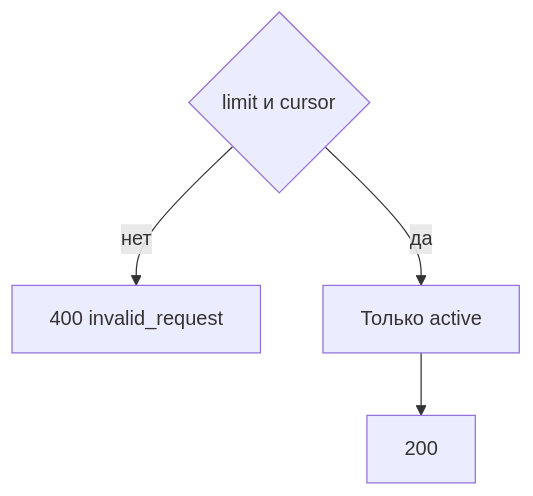
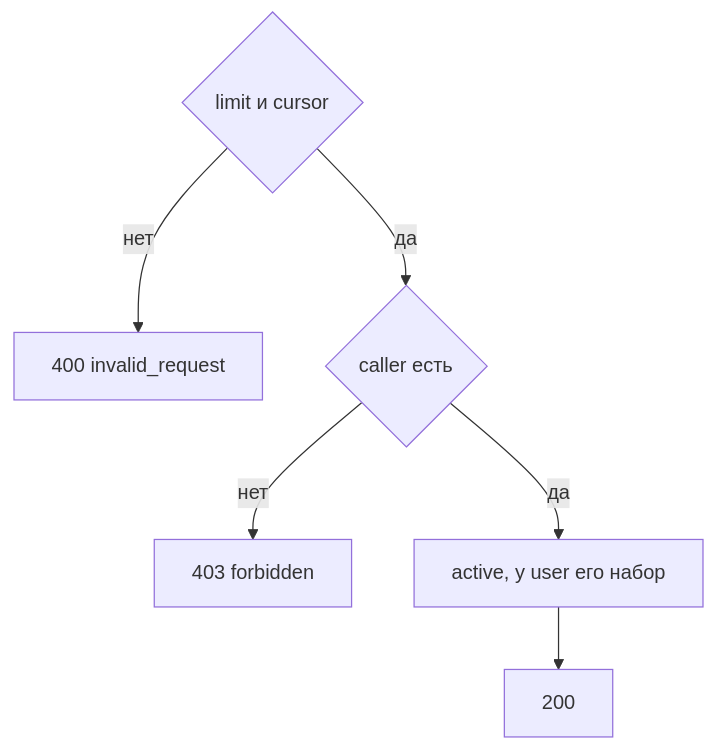
The diagram in docs/1. functional/specification/v3 - 1 таблица/api/service.api/CatalogController/get_dictionaries.md (StrannikE95/reference_data), drawn with Mermaid before and after one commit. The commit also changed other lines of this file and 25 other files, not shown here.

````diff
--- a/docs/1. functional/specification/v3 - 1 таблица/api/service.api/CatalogController/get_dictionaries.md
+++ b/docs/1. functional/specification/v3 - 1 таблица/api/service.api/CatalogController/get_dictionaries.md
@@ -36,6 +46,8 @@
 ```mermaid
 flowchart TD
   fmt{"limit и cursor"} -->|нет| bad["400 invalid_request"]
-  fmt -->|да| page["Только active"]
+  fmt -->|да| who{"caller есть"}
+  who -->|нет| deny["403 forbidden"]
+  who -->|да| page["active, у user его набор"]
   page --> ok["200"]
 ```
````
